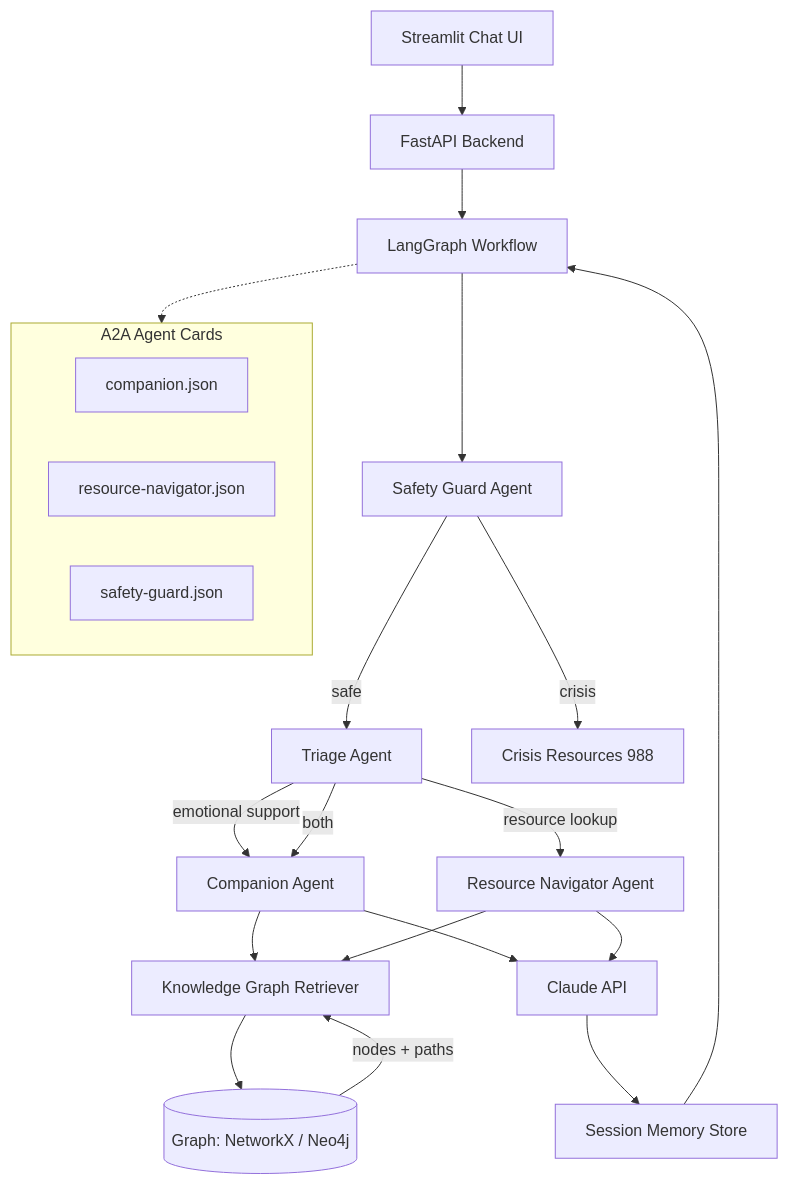
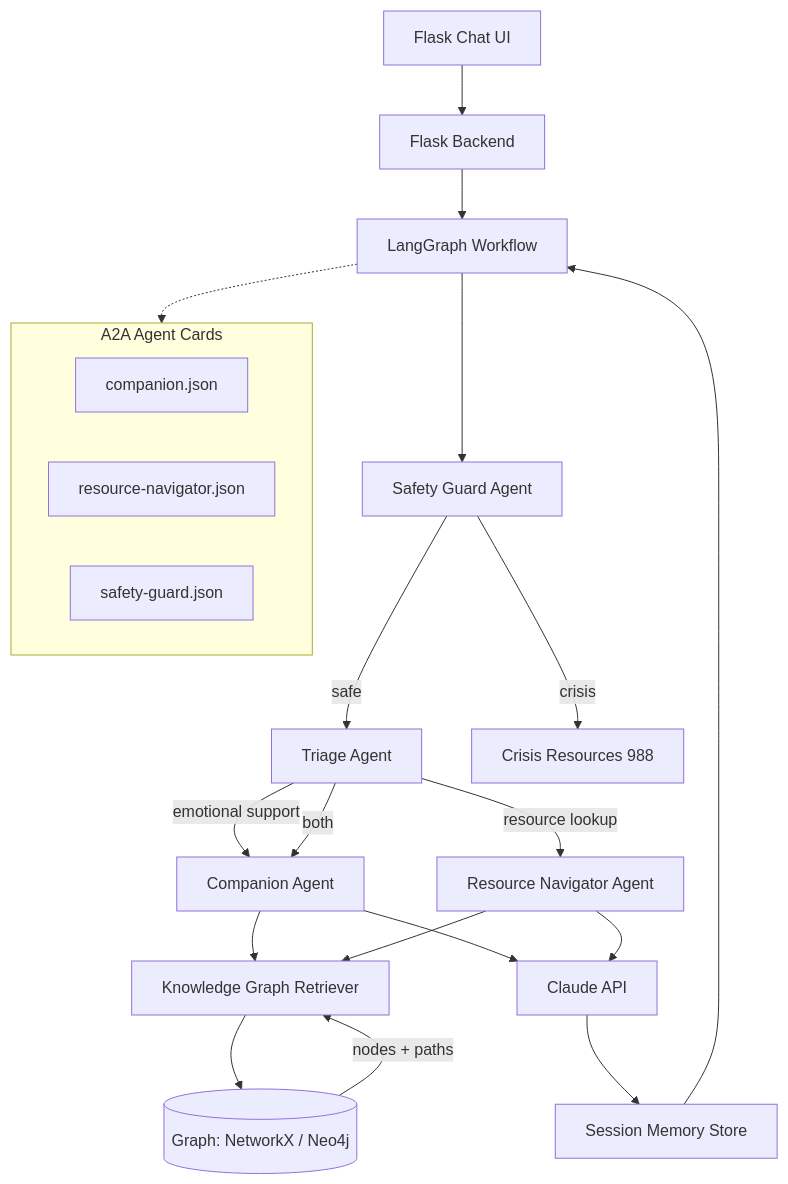
The diagram in README.md (GIND123/Anthropic-Healthcare), drawn with Mermaid before and after one commit. The commit also changed 19 other files, not shown here.

````diff
--- a/README.md
+++ b/README.md
@@ -42,32 +42,32 @@
 ```mermaid
 flowchart TD
-    UI[Streamlit Chat UI] --> API[FastAPI Backend]
+    UI[Flask Chat UI] --> API[Flask Backend]
     API --> LG[LangGraph Workflow]
 
     LG --> SA[Safety Guard Agent]
     SA -->|safe| TA[Triage Agent]
     SA -->|crisis| CR[Crisis Resources 988]
 
     TA -->|emotional support| CA[Companion Agent]
     TA -->|resource lookup| RA[Resource Navigator Agent]
     TA -->|both| CA
 
     CA --> KG[Knowledge Graph Retriever]
     RA --> KG
 
     KG --> GDB[(Graph: NetworkX / Neo4j)]
     GDB -->|nodes + paths| KG
 
     CA --> Claude[Claude API]
     RA --> Claude
 
     Claude --> MEM[Session Memory Store]
     MEM --> LG
 
     subgraph A2A [A2A Agent Cards]
         AC[companion.json]
         AR[resource-navigator.json]
         AS[safety-guard.json]
     end
     LG -.-> A2A
 ```
````
